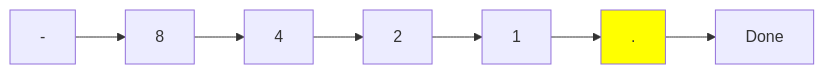
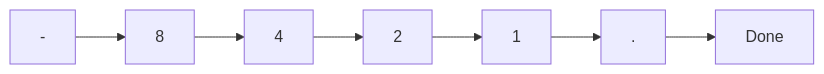
One commit to Lucas-Ferro/arithmetic_nested_calculations changed the fourth of 4 diagrams in README.md. Above: the diagram before and after it, drawn with Mermaid. The commit also changed other lines of this file, not shown here.

````diff
--- a/README.md
+++ b/README.md
@@ -75,10 +75,10 @@
 	``` mermaid
 	flowchart LR 
 	- --> 8  
 	8 --> 4  
 	4 --> 2
 	2 --> 1
 	1 --> .
 	. --> Done
-	style . fill:yellow;
+	style . fill:darkyellow;
 	```
````
